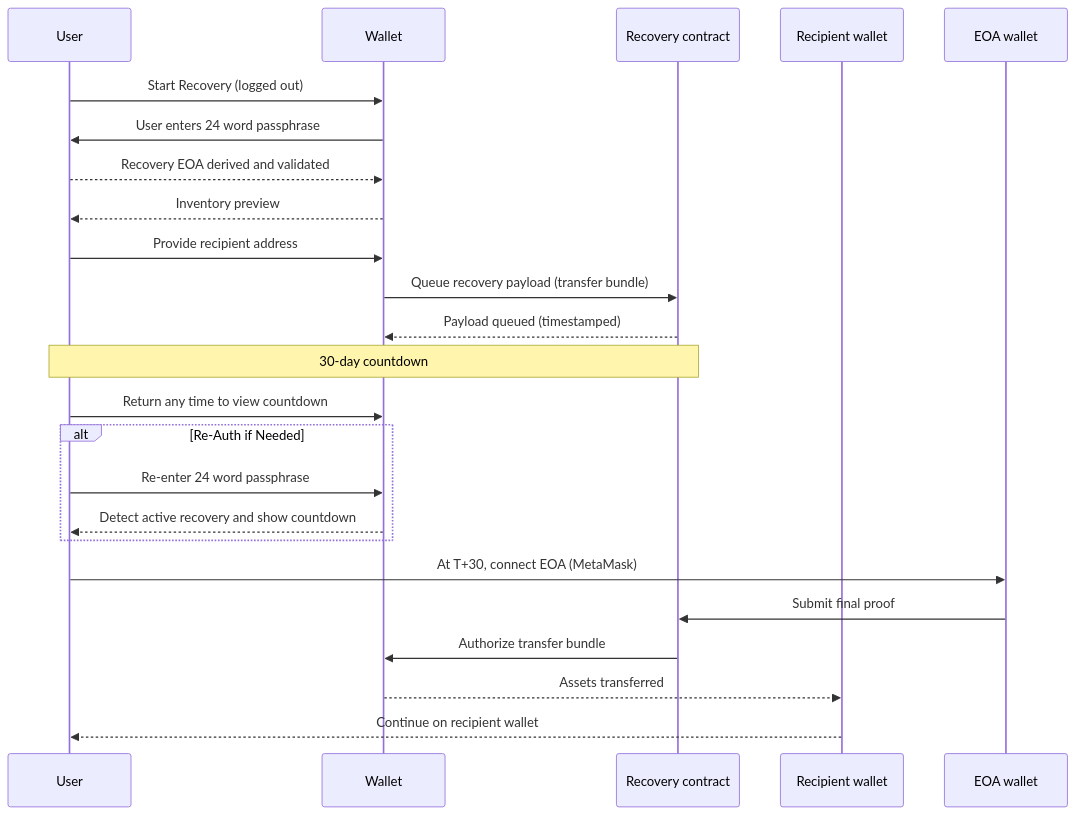
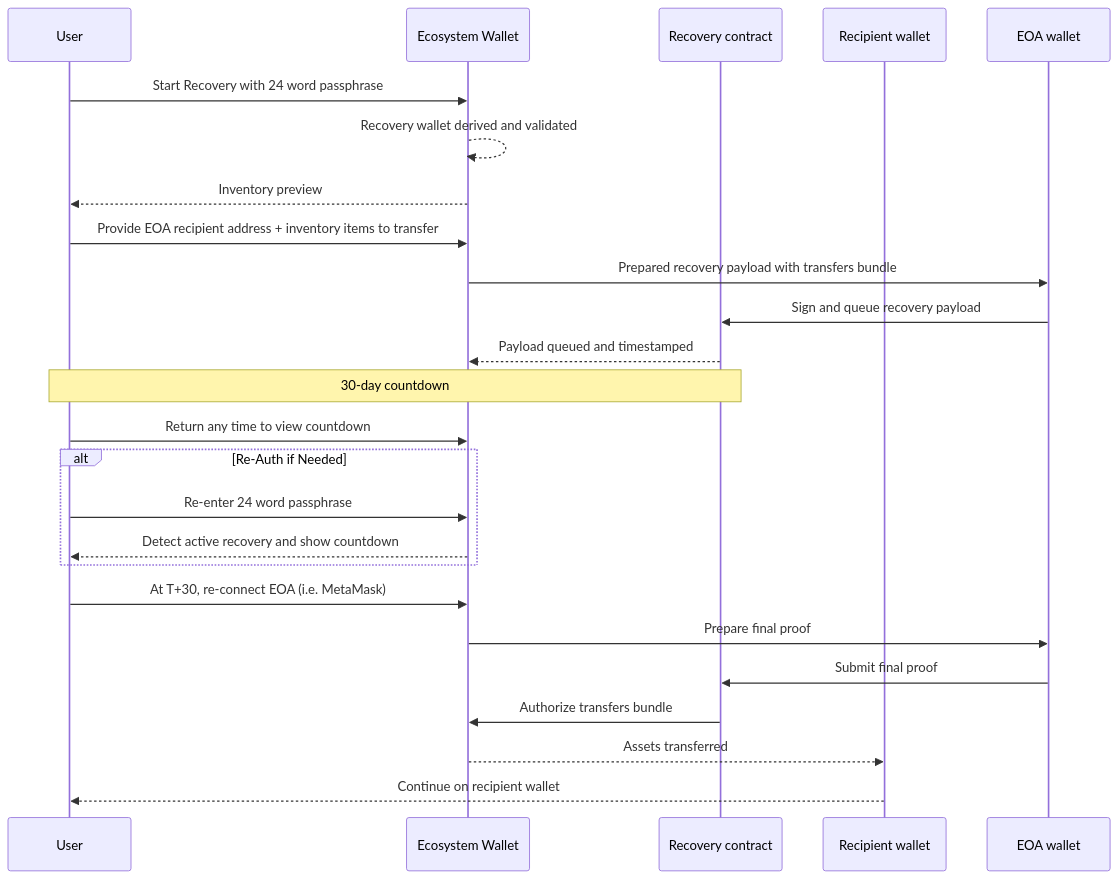
Before and after one commit to 0xsequence/docs: the diagram in solutions/wallets/ecosystems/timed-recovery.mdx, drawn with Mermaid. The commit also changed other lines of this file, not shown here.

Commit message:
Minor adjustments for recovery

````diff
--- a/solutions/wallets/ecosystems/timed-recovery.mdx
+++ b/solutions/wallets/ecosystems/timed-recovery.mdx
@@ -34,30 +34,31 @@
 ```mermaid
 sequenceDiagram
   participant User
-  participant WalletApp as Wallet
+  participant WalletApp as Ecosystem Wallet
   participant RecoveryContract as Recovery contract
   participant Recipient as Recipient wallet
   participant EOA as EOA wallet
 
-  User->>WalletApp: Start Recovery (logged out)
-  WalletApp->>User: User enters 24 word passphrase
-  User-->>WalletApp: Recovery EOA derived and validated
+  User->>WalletApp: Start Recovery with 24 word passphrase
+  WalletApp-->>WalletApp: Recovery wallet derived and validated
   WalletApp-->>User: Inventory preview
-  User->>WalletApp: Provide recipient address
-  WalletApp->>RecoveryContract: Queue recovery payload (transfer bundle)
-  RecoveryContract-->>WalletApp: Payload queued (timestamped)
+  User->>WalletApp: Provide EOA recipient address + inventory items to transfer
+  WalletApp->>EOA: Prepared recovery payload with transfers bundle
+  EOA->>RecoveryContract: Sign and queue recovery payload
+  RecoveryContract-->>WalletApp: Payload queued and timestamped
 
   Note over User,RecoveryContract: 30-day countdown
 
   User->>WalletApp: Return any time to view countdown
   alt Re-Auth if Needed
     User->>WalletApp: Re-enter 24 word passphrase
     WalletApp-->>User: Detect active recovery and show countdown
   end
 
-  User->>EOA: At T+30, connect EOA (MetaMask)
+  User->>WalletApp: At T+30, re-connect EOA (i.e. MetaMask)
+  WalletApp->>EOA: Prepare final proof
   EOA->>RecoveryContract: Submit final proof
-  RecoveryContract->>WalletApp: Authorize transfer bundle
+  RecoveryContract->>WalletApp: Authorize transfers bundle
   WalletApp-->>Recipient: Assets transferred
   Recipient-->>User: Continue on recipient wallet
 ```
````
